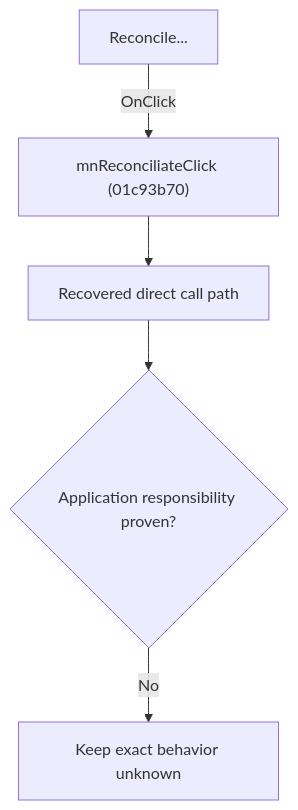
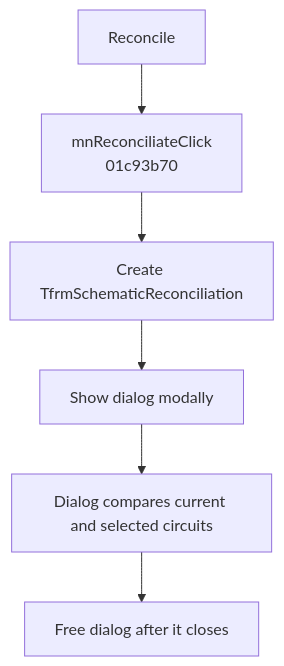
One commit to MovGP0/TIARA changed the diagram in docs/ui-controls/schematiceditor/mnreconciliate-045ac781bf.md. Above: the diagram before and after it, drawn with Mermaid. The commit also changed other lines of this file and 241 other files, not shown here.

````diff
--- a/docs/ui-controls/schematiceditor/mnreconciliate-045ac781bf.md
+++ b/docs/ui-controls/schematiceditor/mnreconciliate-045ac781bf.md
@@ -27,7 +27,8 @@
 ```mermaid
 flowchart TD
-    control["Reconcile..."] -->|"OnClick"| handler["mnReconciliateClick (01c93b70)"]
-    handler --> recovered["Recovered direct call path"]
-    recovered --> gap{"Application responsibility proven?"}
-    gap -->|"No"| blocked["Keep exact behavior unknown"]
+    control["Reconcile"] --> handler["mnReconciliateClick<br/>01c93b70"]
+    handler --> create["Create TfrmSchematicReconciliation"]
+    create --> modal["Show dialog modally"]
+    modal --> dialog["Dialog compares current and selected circuits"]
+    dialog --> destroy["Free dialog after it closes"]
 ```
````
